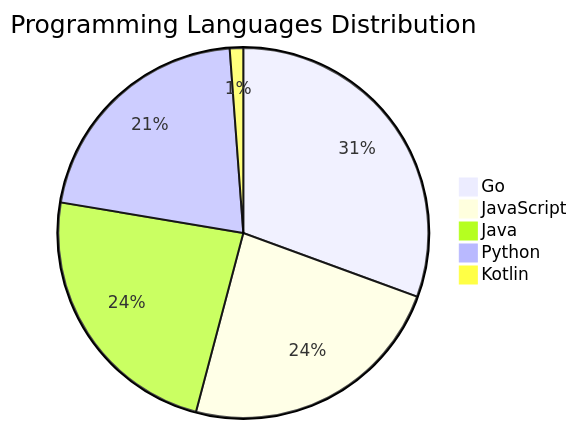
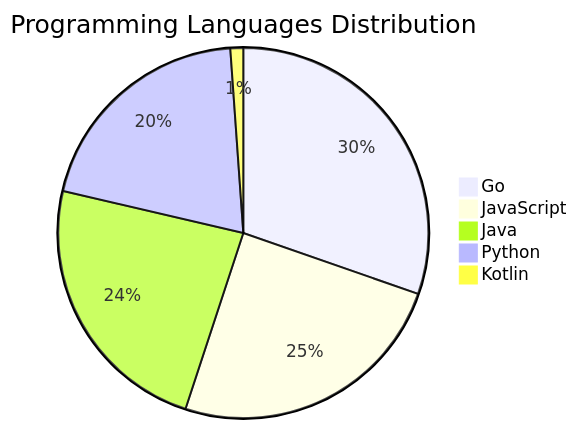
One commit to Derrick-MUGISHA/github-activity-bot changed the diagram in README.md. Above: the diagram before and after it, drawn with Mermaid. The commit also changed other lines of this file and 3 other files, not shown here.

````diff
--- a/README.md
+++ b/README.md
@@ -71,8 +71,8 @@
 ```mermaid
 pie title Programming Languages Distribution
-    "Go" : 26
-    "JavaScript" : 20
-    "Java" : 20
+    "Go" : 27
+    "JavaScript" : 22
+    "Java" : 21
     "Python" : 18
     "Kotlin" : 1
 ```
````
